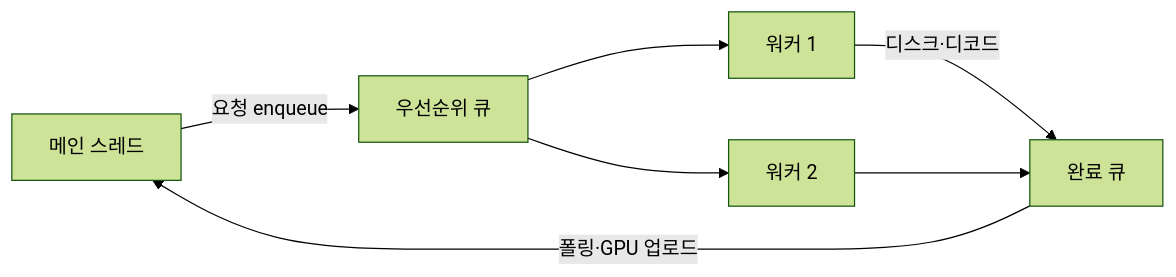
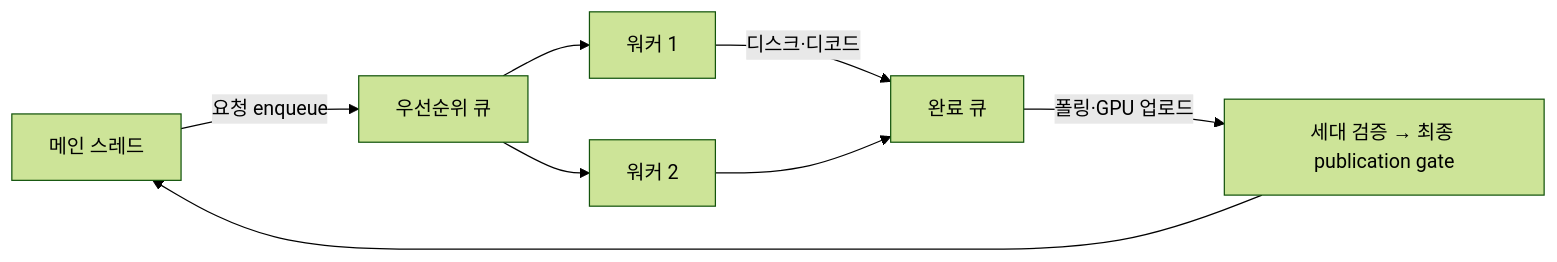
One commit to Rein-ArXiv/game-dev-curriculum changed the third of 5 diagrams in engine/part05_resource.md. Above: the diagram before and after it, drawn with Mermaid (forest theme). The commit also changed other lines of this file and 279 other files, not shown here.

````diff
--- a/engine/part05_resource.md
+++ b/engine/part05_resource.md
@@ -211,9 +221,9 @@
 ```mermaid
 flowchart LR
     Main[메인 스레드] -->|요청 enqueue| Queue[우선순위 큐]
     Queue --> W1[워커 1]
     Queue --> W2[워커 2]
     W1 -->|디스크·디코드| Done[완료 큐]
     W2 --> Done
-    Done -->|폴링·GPU 업로드| Main
+    Done -->|폴링·GPU 업로드| Pub[세대 검증 → 최종 publication gate]; Pub --> Main
 ```
````
